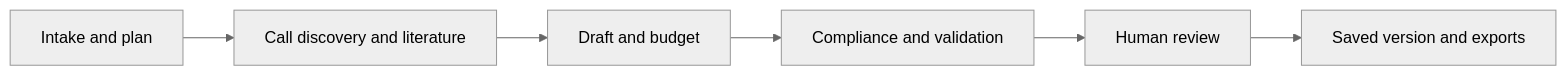
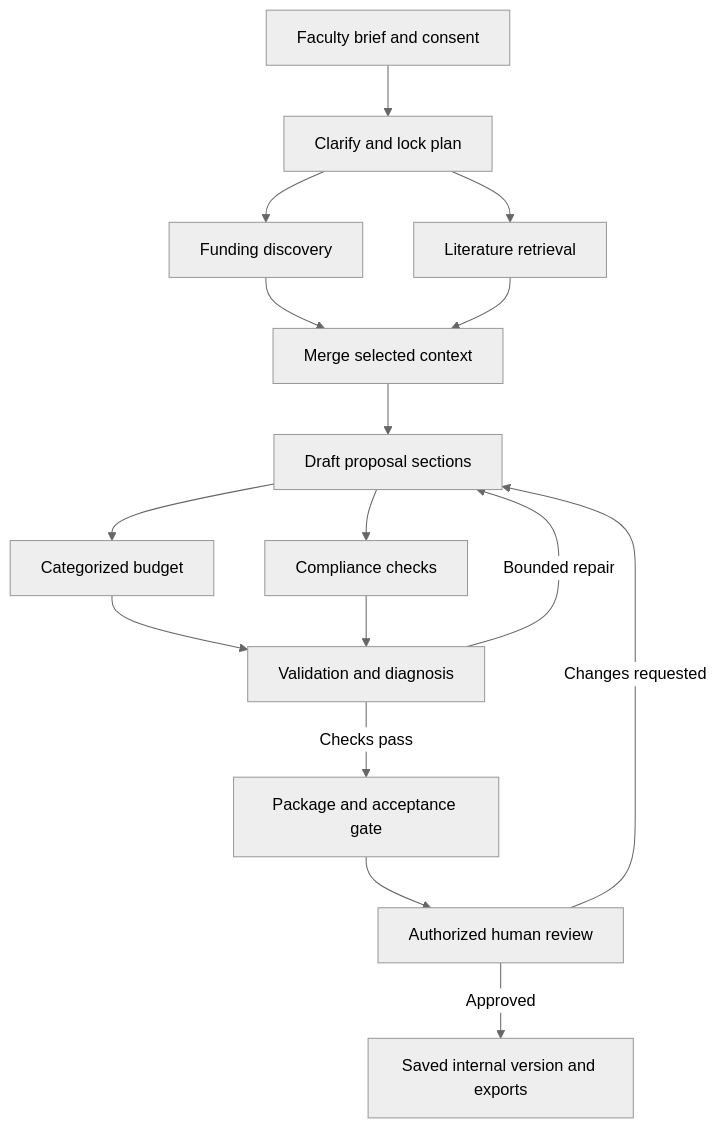
Before and after one commit to Tharunbabu06/Research-Grant-Management-System: the diagram in README.md, drawn with Mermaid (neutral theme). The commit also changed other lines of this file, not shown here.

````diff
--- a/README.md
+++ b/README.md
@@ -93,8 +134,18 @@
 ```mermaid
-flowchart LR
-  A[Intake and plan] --> B[Call discovery and literature]
-  B --> C[Draft and budget]
-  C --> D[Compliance and validation]
-  D --> E[Human review]
-  E --> F[Saved version and exports]
+flowchart TD
+  A[Faculty brief and consent] --> B[Clarify and lock plan]
+  B --> C[Funding discovery]
+  B --> D[Literature retrieval]
+  C --> E[Merge selected context]
+  D --> E
+  E --> F[Draft proposal sections]
+  F --> G[Categorized budget]
+  F --> H[Compliance checks]
+  G --> I[Validation and diagnosis]
+  H --> I
+  I -->|Bounded repair| F
+  I -->|Checks pass| J[Package and acceptance gate]
+  J --> K[Authorized human review]
+  K -->|Changes requested| F
+  K -->|Approved| L[Saved internal version and exports]
 ```
````
